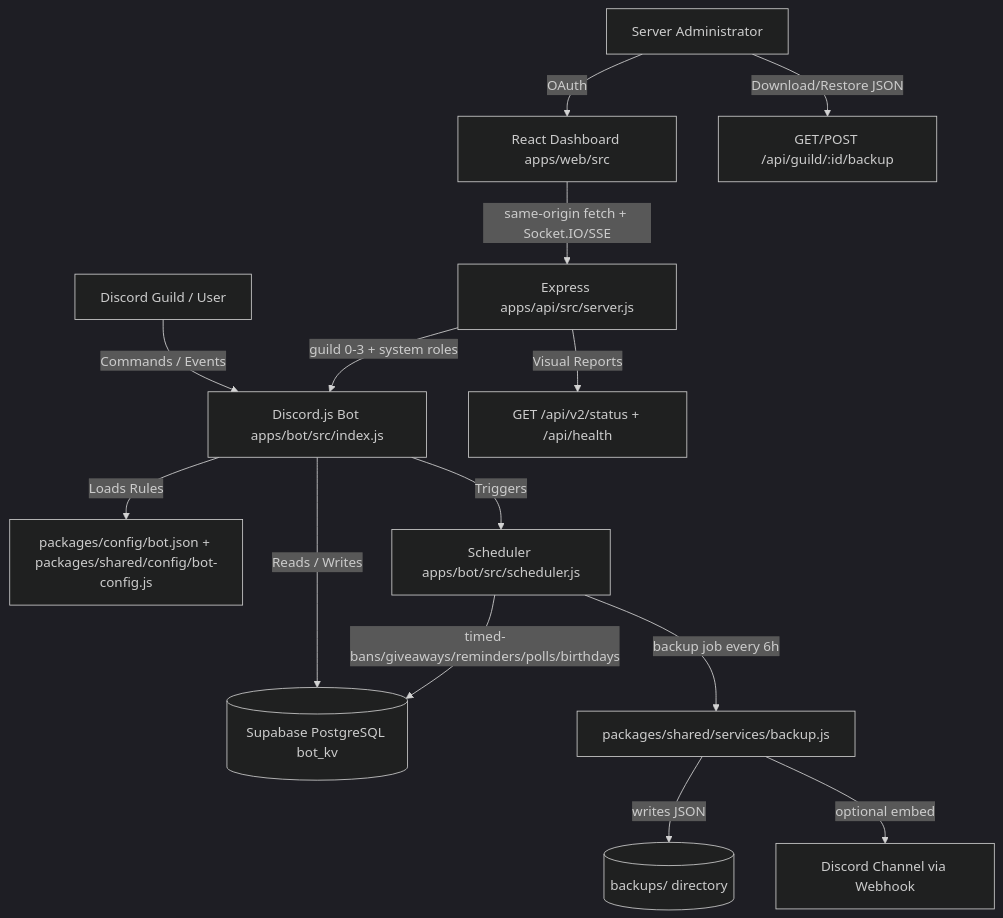
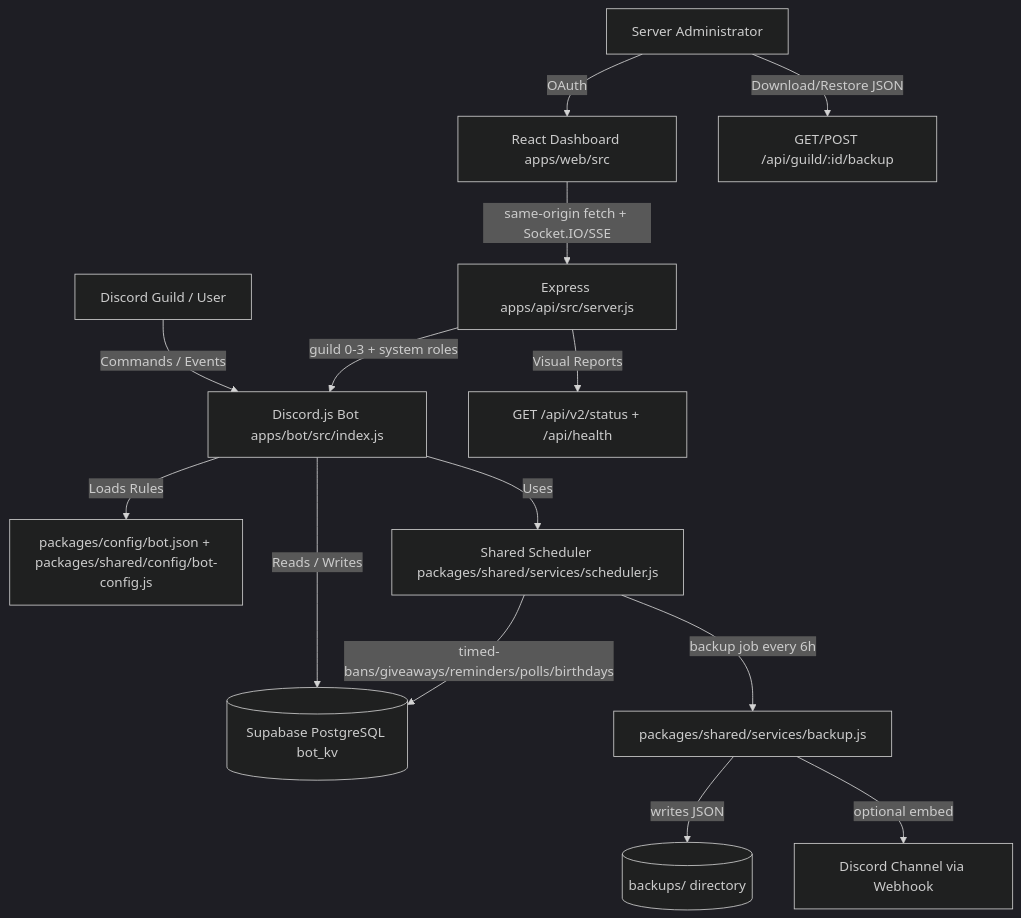
The diagram in README.md (EhabYT/Discord-v1), drawn with Mermaid (dark theme) before and after one commit. The commit also changed other lines of this file and 44 other files, not shown here.

````diff
--- a/README.md
+++ b/README.md
@@ -31,16 +31,16 @@
 ```mermaid
 graph TD
     Client[Discord Guild / User] -->|Commands / Events| Bot[Discord.js Bot apps/bot/src/index.js]
     Bot -->|Reads / Writes| PG[(Supabase PostgreSQL bot_kv)]
     Bot -->|Loads Rules| Config[packages/config/bot.json + packages/shared/config/bot-config.js]
-    Bot -->|Triggers| Sched[Scheduler apps/bot/src/scheduler.js]
+    Bot -->|Uses| Sched[Shared Scheduler packages/shared/services/scheduler.js]
     Sched -->|timed-bans/giveaways/reminders/polls/birthdays| PG
     Sched -->|backup job every 6h| BackupMod[packages/shared/services/backup.js]
     BackupMod -->|writes JSON| Disk[(backups/ directory)]
     BackupMod -->|optional embed| Webhook[Discord Channel via Webhook]
     Admin[Server Administrator] -->|OAuth| Dash[React Dashboard apps/web/src]
     Dash -->|same-origin fetch + Socket.IO/SSE| API[Express apps/api/src/server.js]
     API -->|guild 0-3 + system roles| Bot
     API -->|Visual Reports| Status[GET /api/v2/status + /api/health]
     Admin -->|Download/Restore JSON| BackupAPI[GET/POST /api/guild/:id/backup]
 ```
````
